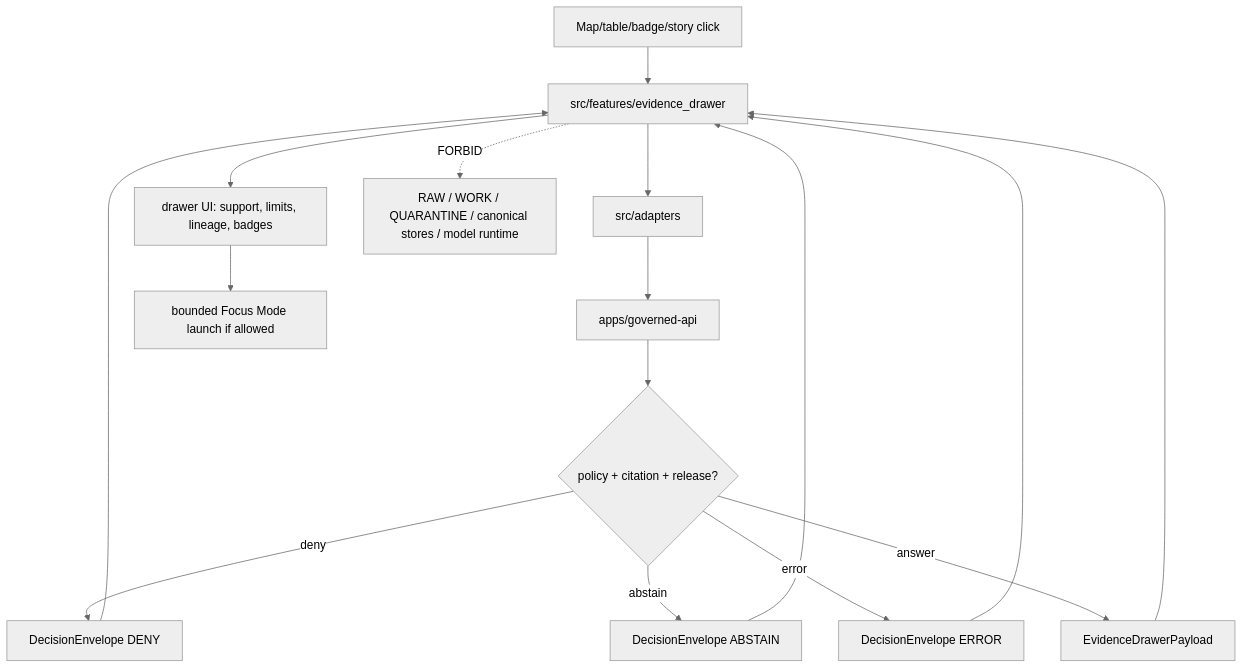
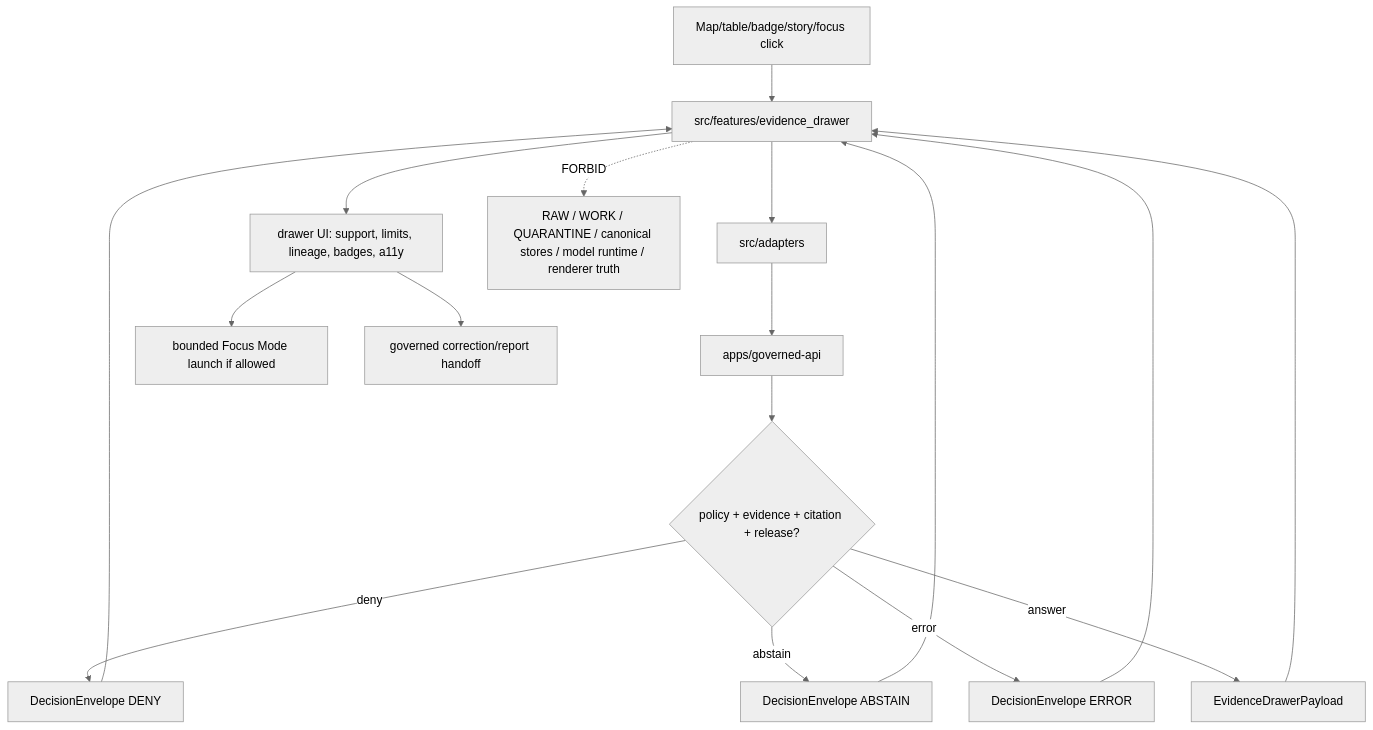
One commit to bartytime4life/Kansas-Frontier-Matrix changed the diagram in apps/explorer-web/src/features/evidence_drawer/README.md. Above: the diagram before and after it, drawn with Mermaid (neutral theme). The commit also changed other lines of this file, not shown here.

Commit message:
docs: update explorer evidence drawer readme

````diff
--- a/apps/explorer-web/src/features/evidence_drawer/README.md
+++ b/apps/explorer-web/src/features/evidence_drawer/README.md
@@ -216,18 +264,19 @@
 ```mermaid
 flowchart TD
-    click["Map/table/badge/story click"] --> feature["src/features/evidence_drawer"]
+    click["Map/table/badge/story/focus click"] --> feature["src/features/evidence_drawer"]
     feature --> adapters["src/adapters"]
     adapters --> api["apps/governed-api"]
-    api --> policy{"policy + citation + release?"}
+    api --> policy{"policy + evidence + citation + release?"}
     policy -->|deny| deny["DecisionEnvelope DENY"]
     policy -->|abstain| abstain["DecisionEnvelope ABSTAIN"]
     policy -->|error| error["DecisionEnvelope ERROR"]
     policy -->|answer| payload["EvidenceDrawerPayload"]
     payload --> feature
     deny --> feature
     abstain --> feature
     error --> feature
-    feature --> ui["drawer UI: support, limits, lineage, badges"]
+    feature --> ui["drawer UI: support, limits, lineage, badges, a11y"]
     ui --> focus["bounded Focus Mode launch if allowed"]
-    feature -. FORBID .-> raw["RAW / WORK / QUARANTINE / canonical stores / model runtime"]
+    ui --> correction["governed correction/report handoff"]
+    feature -. FORBID .-> raw["RAW / WORK / QUARANTINE / canonical stores / model runtime / renderer truth"]
 ```
````
